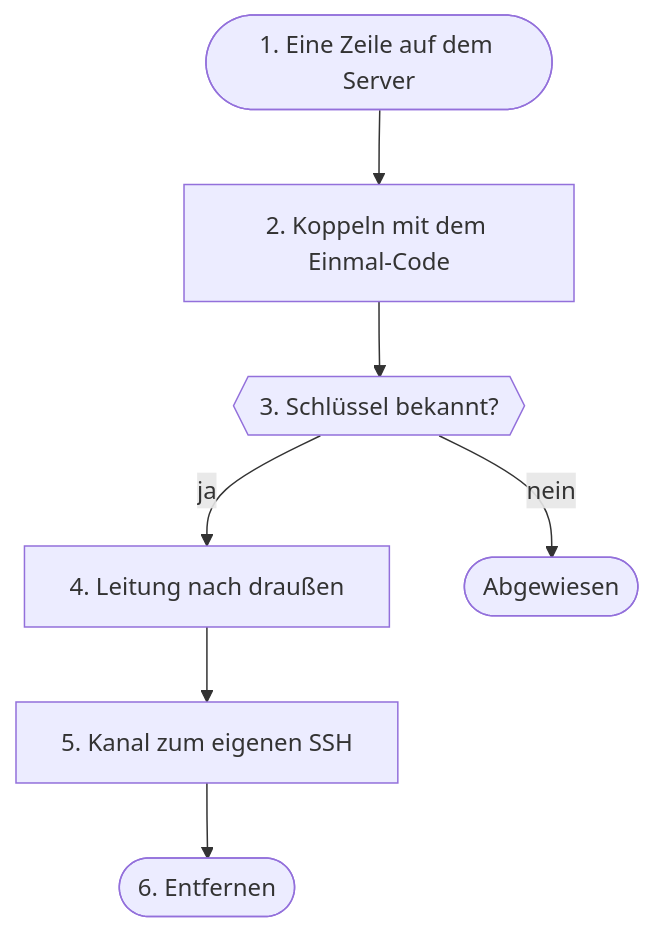
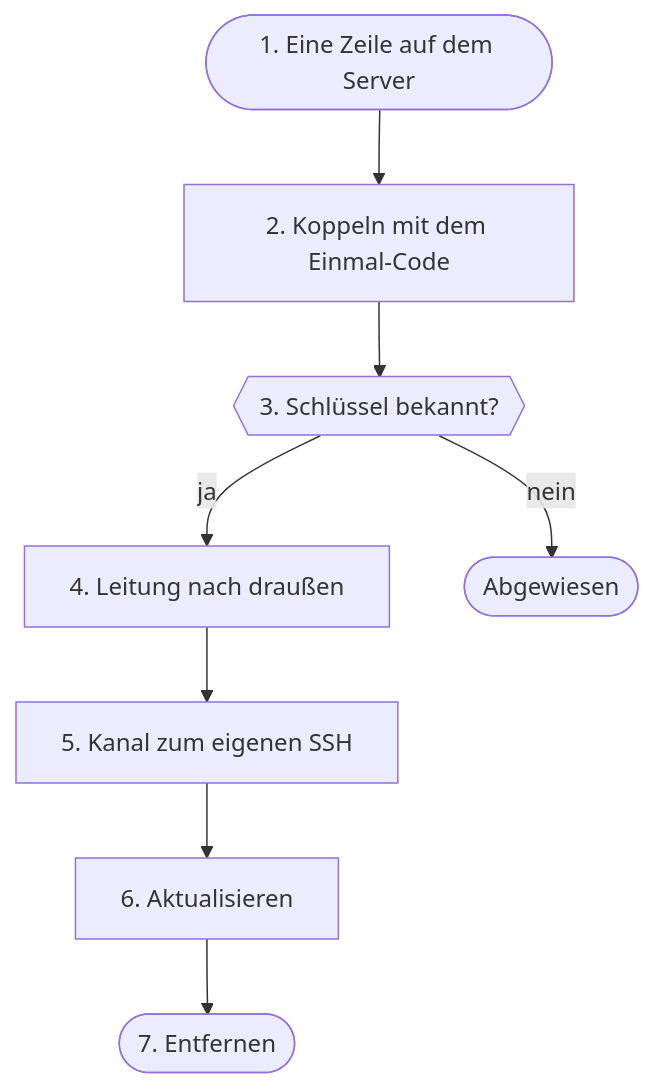
One commit to db9979/speech-on-dgx-spark changed diagram 30 of 31 in docs/de/architektur.md. Above: the diagram before and after it, drawn with Mermaid. The commit also changed other lines of this file and 27 other files, not shown here.

````diff
--- a/docs/de/architektur.md
+++ b/docs/de/architektur.md
@@ -3950,16 +3952,18 @@
 ```mermaid
 flowchart TD
   s1(["1. Eine Zeile auf dem Server"])
   s2["2. Koppeln mit dem Einmal-Code"]
   s3{{"3. Schlüssel bekannt?"}}
   s4["4. Leitung nach draußen"]
   s5["5. Kanal zum eigenen SSH"]
-  s6(["6. Entfernen"])
+  s7["6. Aktualisieren"]
+  s6(["7. Entfernen"])
   s1 --> s2
   s2 --> s3
   s3 -->|ja| s4
   s4 --> s5
-  s5 --> s6
+  s5 --> s7
+  s7 --> s6
   s3x(["Abgewiesen"])
   s3 -->|nein| s3x
 ```
````
